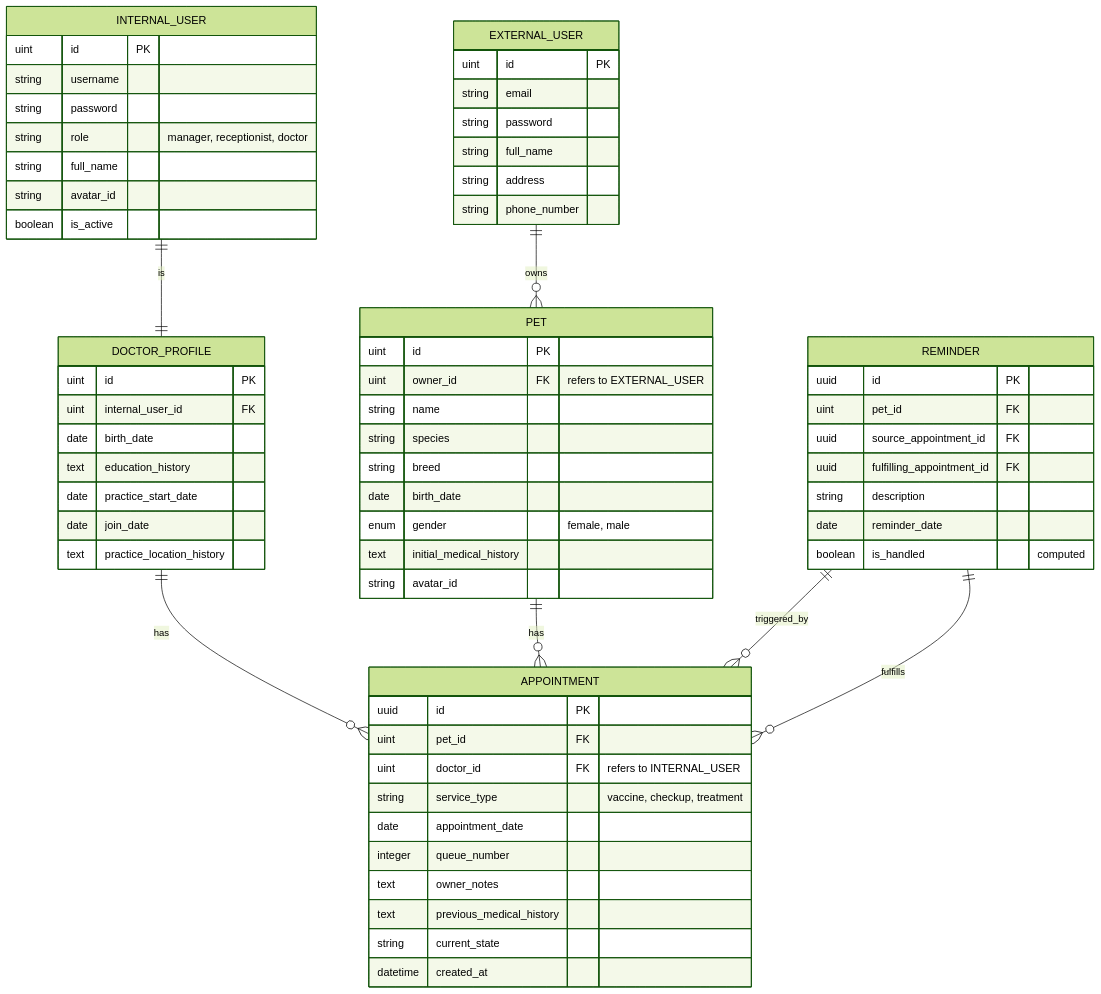
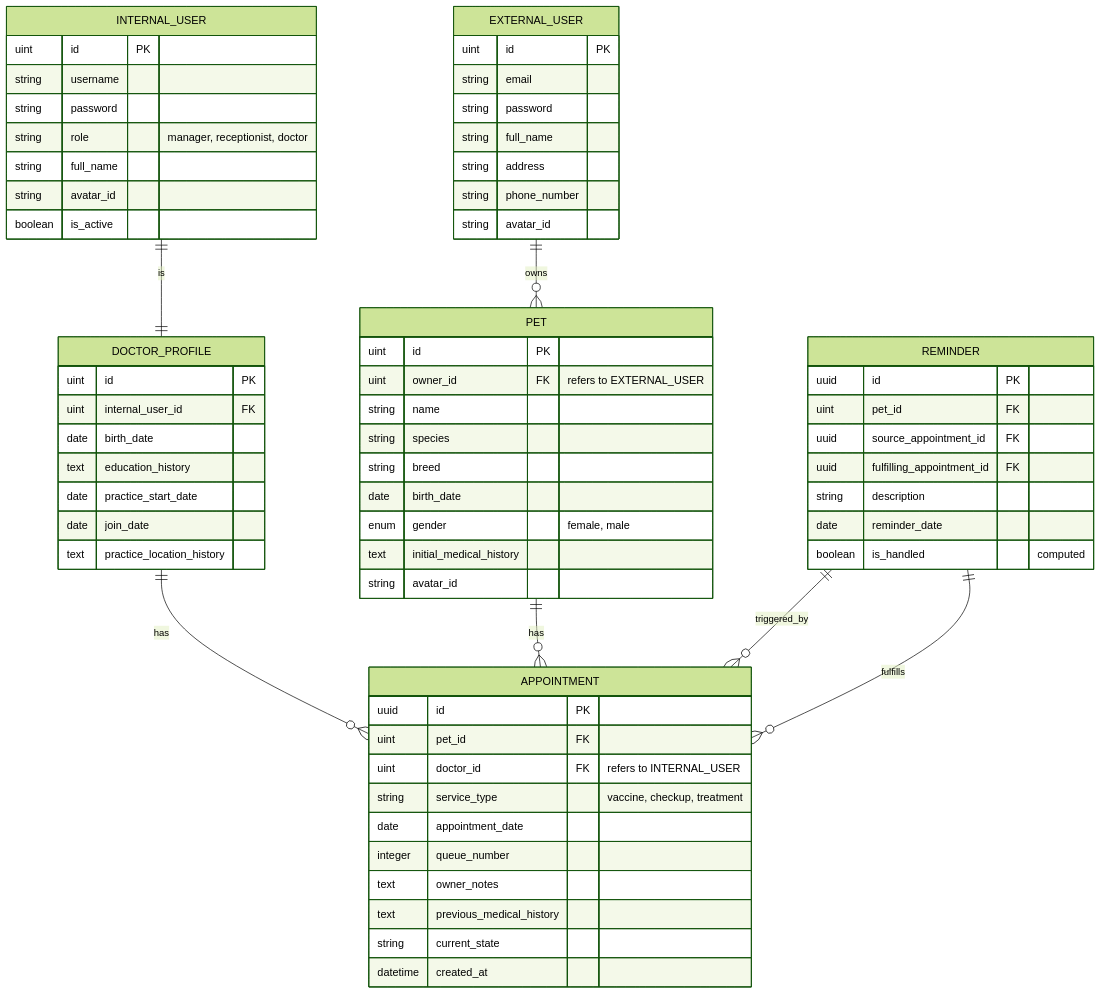
The diagram in DATABASE.md (levirs565/klinik-hewan), drawn with Mermaid (forest theme) before and after one commit. The commit also changed 5 other files, not shown here.

````diff
--- a/DATABASE.md
+++ b/DATABASE.md
@@ -10,72 +10,73 @@
 ```mermaid
 erDiagram
     EXTERNAL_USER ||--o{ PET : owns
     EXTERNAL_USER {
         uint id PK
         string email
         string password
         string full_name
         string address
         string phone_number
+        string avatar_id
     }
 
     INTERNAL_USER ||--|| DOCTOR_PROFILE : is
     INTERNAL_USER {
         uint id PK
         string username
         string password
         string role "manager, receptionist, doctor"
         string full_name
         string avatar_id
         boolean is_active
     }
 
     DOCTOR_PROFILE ||--o{ APPOINTMENT : has
     DOCTOR_PROFILE {
         uint id PK
         uint internal_user_id FK
         date birth_date
         text education_history
         date practice_start_date
         date join_date
         text practice_location_history
     }
 
     PET ||--o{ APPOINTMENT : has
     PET {
         uint id PK
         uint owner_id FK "refers to EXTERNAL_USER"
         string name
         string species
         string breed
         date birth_date
         enum gender "female, male"
         text initial_medical_history
         string avatar_id
     }
 
     APPOINTMENT {
         uuid id PK
         uint pet_id FK
         uint doctor_id FK "refers to INTERNAL_USER"
         string service_type "vaccine, checkup, treatment"
         date appointment_date
         integer queue_number
         text owner_notes
         text previous_medical_history
         string current_state
         datetime created_at
     }
 
     REMINDER ||--o{ APPOINTMENT : triggered_by
     REMINDER ||--o{ APPOINTMENT : fulfills
     REMINDER {
         uuid id PK
         uint pet_id FK
         uuid source_appointment_id FK
         uuid fulfilling_appointment_id FK
         string description
         date reminder_date
         boolean is_handled "computed"
     }
 ```
````
